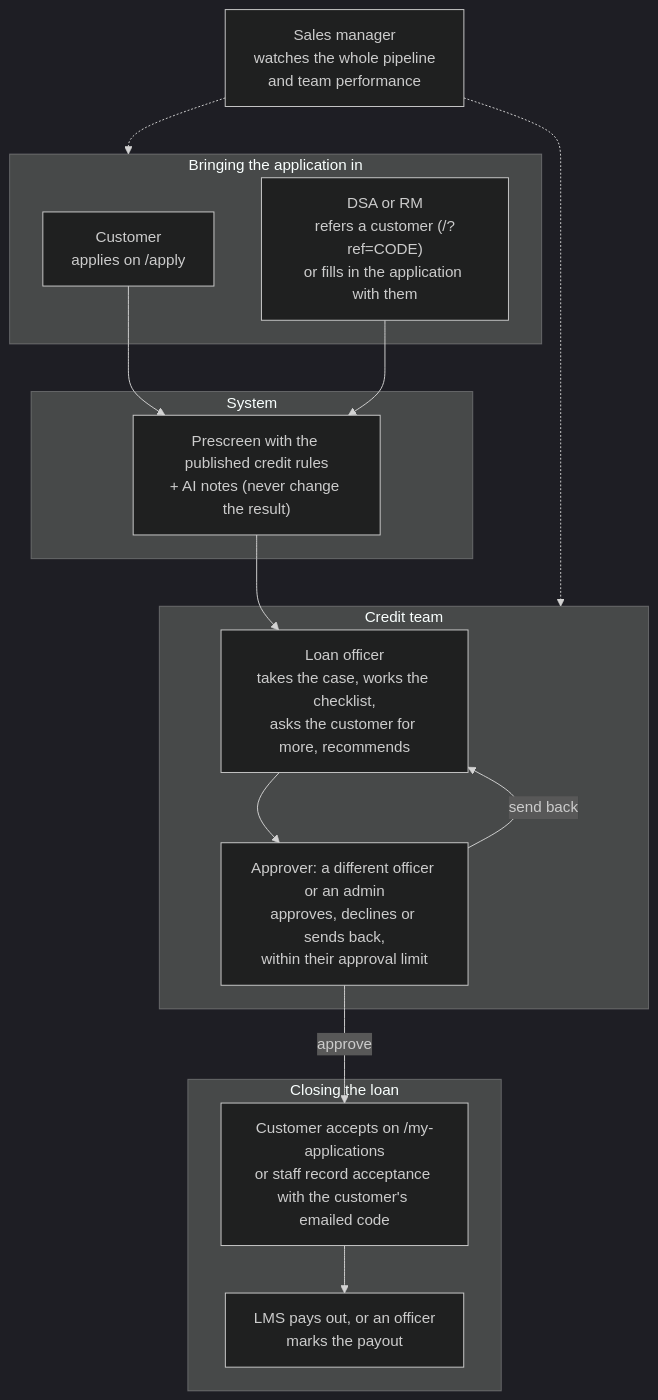
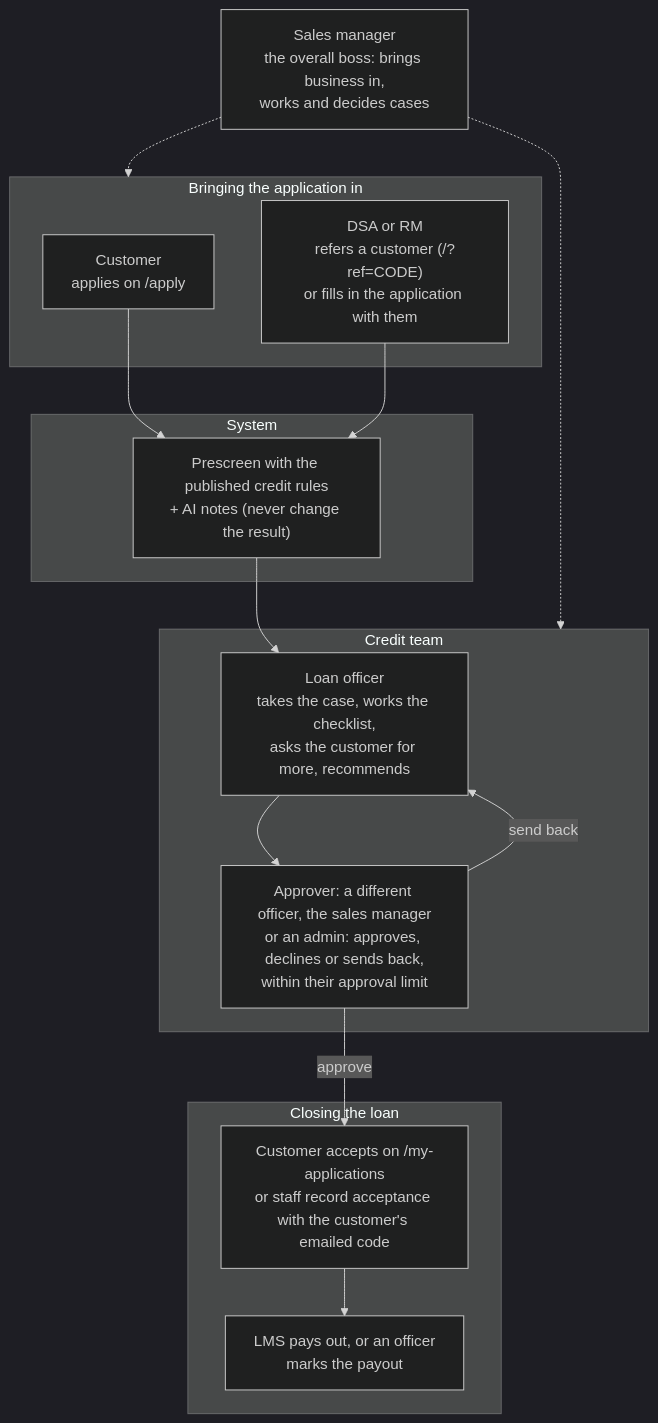
Before and after one commit to Izyane-InovSolutions/lms-loan-application: the second of 6 diagrams in README.md, drawn with Mermaid (dark theme). The commit also changed other lines of this file and 91 other files, not shown here.

````diff
--- a/README.md
+++ b/README.md
@@ -183,27 +188,27 @@
 ```mermaid
 flowchart TB
     subgraph Front["Bringing the application in"]
         CU["Customer<br/>applies on /apply"]
         AG["DSA or RM<br/>refers a customer (/?ref=CODE)<br/>or fills in the application with them"]
     end
     subgraph Sys["System"]
         PS["Prescreen with the published credit rules<br/>+ AI notes (never change the result)"]
     end
     subgraph Credit["Credit team"]
         LO["Loan officer<br/>takes the case, works the checklist,<br/>asks the customer for more, recommends"]
-        AP["Approver: a different officer or an admin<br/>approves, declines or sends back,<br/>within their approval limit"]
+        AP["Approver: a different officer, the sales manager<br/>or an admin: approves, declines or sends back,<br/>within their approval limit"]
     end
     subgraph Close["Closing the loan"]
         OK["Customer accepts on /my-applications<br/>or staff record acceptance with the customer's emailed code"]
         LMS["LMS pays out, or an officer<br/>marks the payout"]
     end
     CU --> PS
     AG --> PS
     PS --> LO
     LO --> AP
     AP -->|send back| LO
     AP -->|approve| OK
     OK --> LMS
-    SM["Sales manager<br/>watches the whole pipeline<br/>and team performance"] -.-> Front
+    SM["Sales manager<br/>the overall boss: brings business in,<br/>works and decides cases"] -.-> Front
     SM -.-> Credit
 ```
````
